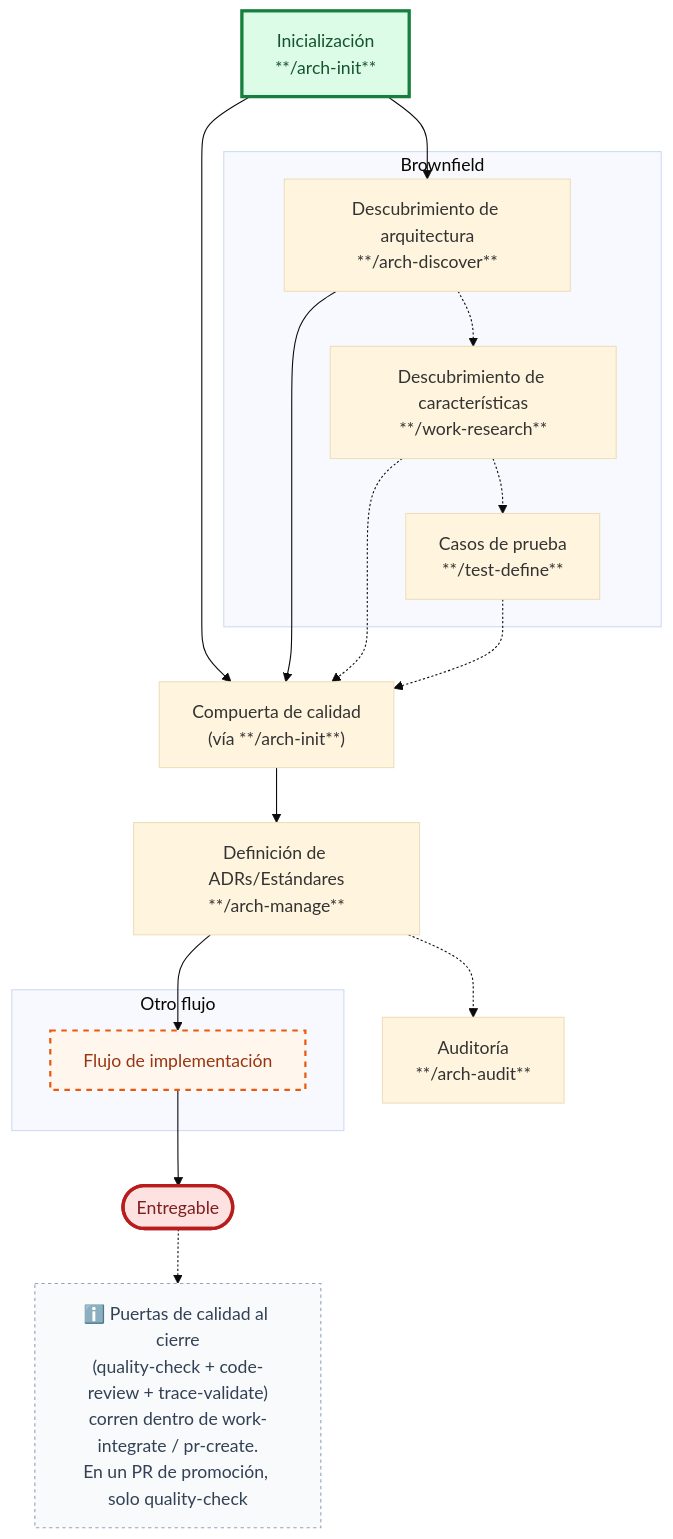
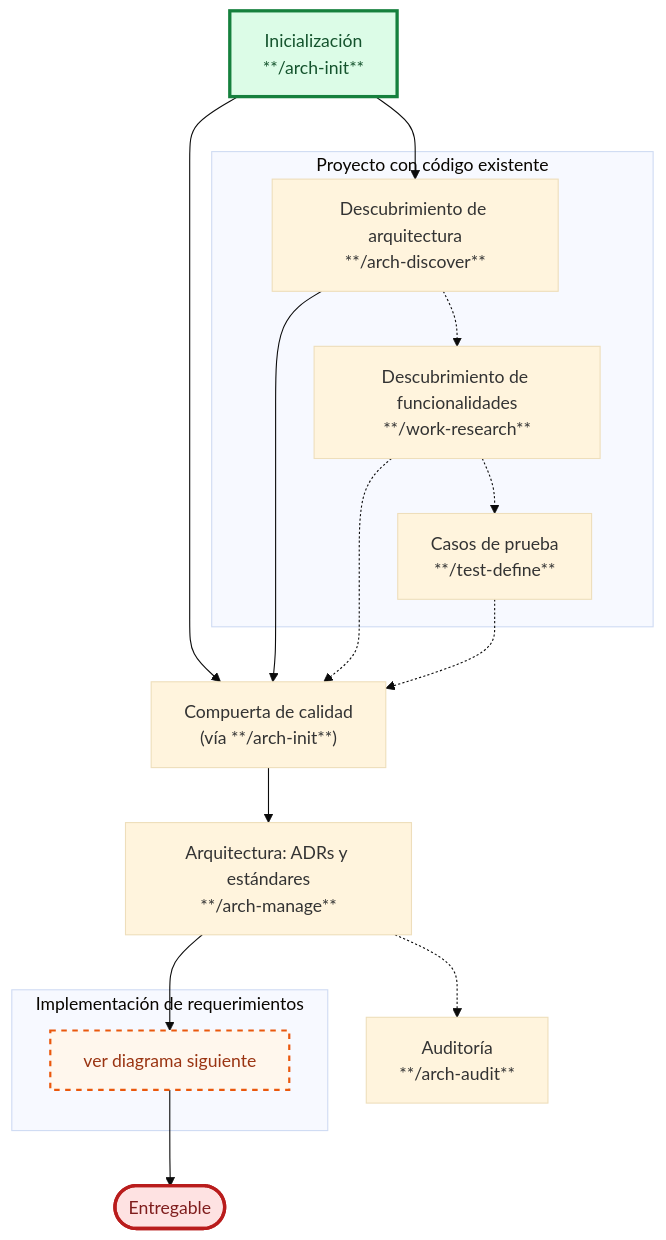
The first of 2 diagrams in README.md (juanca202/ai), drawn with Mermaid (base theme) before and after one commit. The commit also changed other lines of this file and 5 other files, not shown here.

````diff
--- a/README.md
+++ b/README.md
@@ -117,32 +73,28 @@
 ```mermaid
 flowchart TD
     INIT["Inicialización<br/>**/arch-init**"]
-    subgraph BF["Brownfield"]
+    subgraph BF["Proyecto con código existente"]
         BA["Descubrimiento de arquitectura<br/>**/arch-discover**"]
-        BA -.-> WR["Descubrimiento de características<br/>**/work-research**"]
+        BA -.-> WR["Descubrimiento de funcionalidades<br/>**/work-research**"]
         WR -.-> TD["Casos de prueba<br/>**/test-define**"]
     end
     INIT --> BA
     INIT --> T["Compuerta de calidad<br/>(vía **/arch-init**)"]
     BA --> T
     WR -.-> T
     TD -.-> T
-    T --> S["Definición de ADRs/Estándares<br/>**/arch-manage**"]
+    T --> S["Arquitectura: ADRs y estándares<br/>**/arch-manage**"]
     S -.-> AUD["Auditoría<br/>**/arch-audit**"]
-    subgraph NESTED["Otro flujo"]
-        IMPL["Flujo de implementación"]
+    subgraph NESTED["Implementación de requerimientos"]
+        IMPL["ver diagrama siguiente"]
     end
     S --> IMPL
     IMPL --> DONE(["Entregable"])
-    NOTE["ℹ️ Puertas de calidad al cierre<br/>(quality-check + code-review + trace-validate)<br/>corren dentro de work-integrate / pr-create.<br/>En un PR de promoción, solo quality-check"]
-    DONE -.-> NOTE
 
     classDef nestedFlow fill:#fff7ed,stroke:#ea580c,stroke-width:2px,stroke-dasharray:5 5,color:#9a3412
     classDef entryPoint fill:#dcfce7,stroke:#15803d,stroke-width:3px,color:#14532d
     classDef exitPoint fill:#fee2e2,stroke:#b91c1c,stroke-width:3px,color:#7f1d1d
-    classDef note fill:#f8fafc,stroke:#94a3b8,stroke-width:1px,stroke-dasharray:3 3,color:#334155
     class IMPL nestedFlow
     class INIT entryPoint
     class DONE exitPoint
-    class NOTE note
 ```
````
